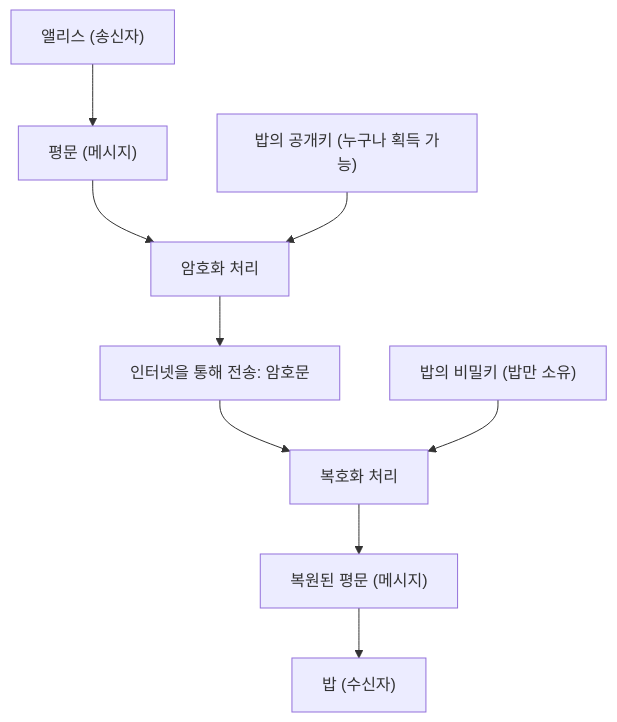
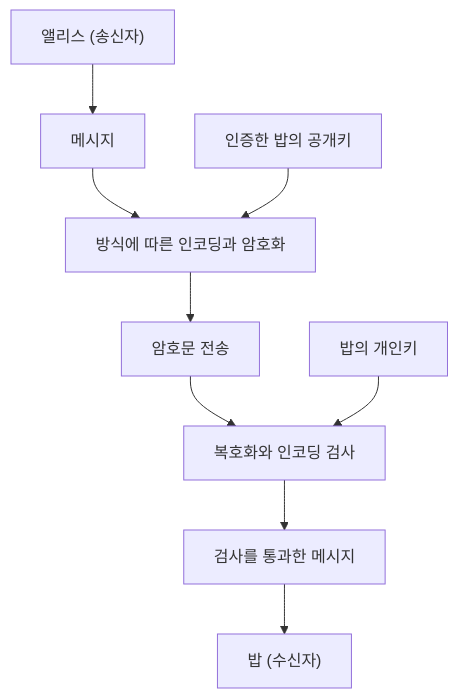
One commit to kenjinote/blog changed the first of 3 diagrams in content/post/rsa暗号の仕組みを高校生でもわかるように説明する/index.ko.md. Above: the diagram before and after it, drawn with Mermaid. The commit also changed other lines of this file and 5 other files, not shown here.

````diff
--- a/content/post/rsa暗号の仕組みを高校生でもわかるように説明する/index.ko.md
+++ b/content/post/rsa暗号の仕組みを高校生でもわかるように説明する/index.ko.md
@@ -45,11 +23,11 @@
 ```mermaid
 graph TD
-    A["앨리스 (송신자)"] --> B["평문 (메시지)"]
-    B --> C["암호화 처리"]
-    D["밥의 공개키 (누구나 획득 가능)"] --> C
-    C --> E["인터넷을 통해 전송: 암호문"]
-    E --> F["복호화 처리"]
-    G["밥의 비밀키 (밥만 소유)"] --> F
-    F --> H["복원된 평문 (메시지)"]
+    A["앨리스 (송신자)"] --> B["메시지"]
+    B --> C["방식에 따른 인코딩과 암호화"]
+    D["인증한 밥의 공개키"] --> C
+    C --> E["암호문 전송"]
+    E --> F["복호화와 인코딩 검사"]
+    G["밥의 개인키"] --> F
+    F --> H["검사를 통과한 메시지"]
     H --> I["밥 (수신자)"]
 ```
````
